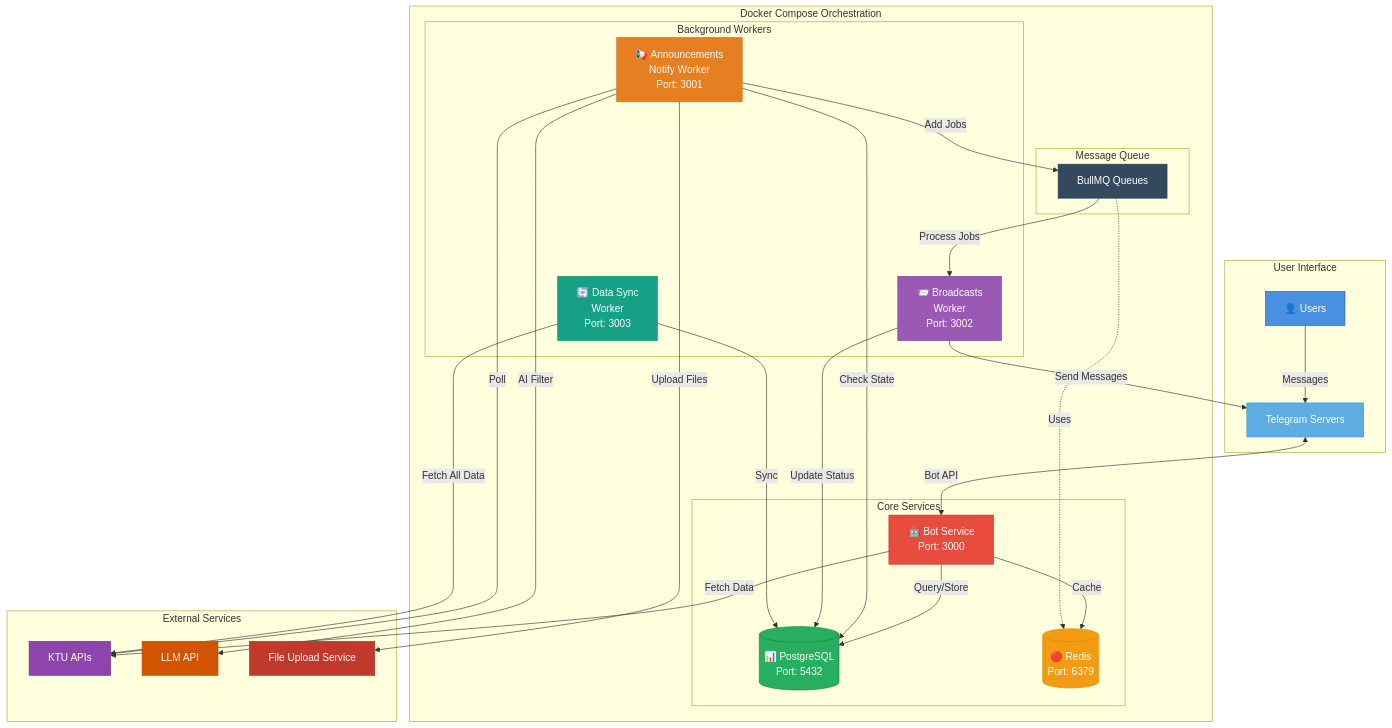
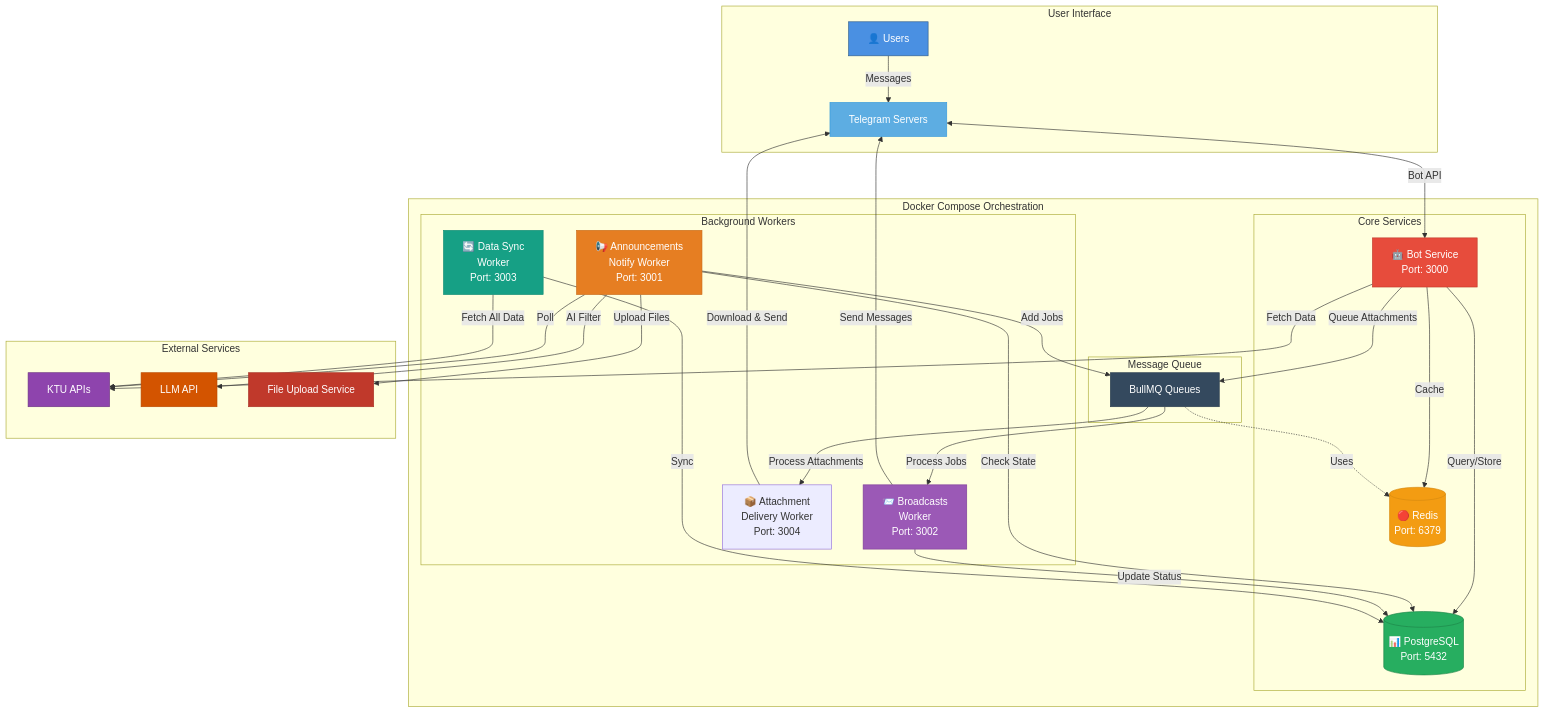
Before and after one commit to devadathanmb/ktu-bot: the second of 2 diagrams in docs/working.md, drawn with Mermaid. The commit also changed other lines of this file and 24 other files, not shown here.

Commit message:
feat: Bring up separate attachment delivery worker to handle file attachments instead of blocking the middleware (#19)

````diff
--- a/docs/working.md
+++ b/docs/working.md
@@ -50,66 +51,71 @@
 ```mermaid
 graph TB
     subgraph "User Interface"
         User[👤 Users]
         TG[Telegram Servers]
     end
 
     subgraph "Docker Compose Orchestration"
         subgraph "Core Services"
             Bot[🤖 Bot Service<br/>Port: 3000]
             DB[(📊 PostgreSQL<br/>Port: 5432)]
             Redis[(🔴 Redis<br/>Port: 6379)]
         end
 
         subgraph "Background Workers"
             NotifyWorker[📢 Announcements<br/>Notify Worker<br/>Port: 3001]
             BroadcastWorker[📨 Broadcasts<br/>Worker<br/>Port: 3002]
             SyncWorker[🔄 Data Sync<br/>Worker<br/>Port: 3003]
+            AttachmentWorker[📦 Attachment<br/>Delivery Worker<br/>Port: 3004]
         end
 
         subgraph "Message Queue"
             Queue[BullMQ Queues]
         end
     end
 
     subgraph "External Services"
         KTU[KTU APIs]
         LLM[LLM API]
         FileHost[File Upload Service]
     end
 
     User -->|Messages| TG
     TG <-->|Bot API| Bot
 
     Bot -->|Query/Store| DB
     Bot -->|Cache| Redis
     Bot -->|Fetch Data| KTU
 
     NotifyWorker -->|Poll| KTU
     NotifyWorker -->|Check State| DB
     NotifyWorker -->|AI Filter| LLM
     NotifyWorker -->|Upload Files| FileHost
     NotifyWorker -->|Add Jobs| Queue
 
     Queue -->|Process Jobs| BroadcastWorker
+    Queue -->|Process Attachments| AttachmentWorker
     BroadcastWorker -->|Send Messages| TG
     BroadcastWorker -->|Update Status| DB
 
     SyncWorker -->|Fetch All Data| KTU
     SyncWorker -->|Sync| DB
+
+    Bot -->|Queue Attachments| Queue
+    AttachmentWorker -->|Download & Send| TG
 
     Queue -.->|Uses| Redis
 
     style User fill:#4a90e2,stroke:#2e5c8a,color:#fff
     style TG fill:#5dade2,stroke:#3498db,color:#fff
     style Bot fill:#e74c3c,stroke:#c0392b,color:#fff
     style DB fill:#27ae60,stroke:#1e8449,color:#fff
     style Redis fill:#f39c12,stroke:#d68910,color:#fff
     style NotifyWorker fill:#e67e22,stroke:#ca6f1e,color:#fff
     style BroadcastWorker fill:#9b59b6,stroke:#7d3c98,color:#fff
     style SyncWorker fill:#16a085,stroke:#138d75,color:#fff
     style Queue fill:#34495e,stroke:#2c3e50,color:#fff
     style KTU fill:#8e44ad,stroke:#6c3483,color:#fff
     style LLM fill:#d35400,stroke:#ba4a00,color:#fff
     style FileHost fill:#c0392b,stroke:#a93226,color:#fff
 ```
````
